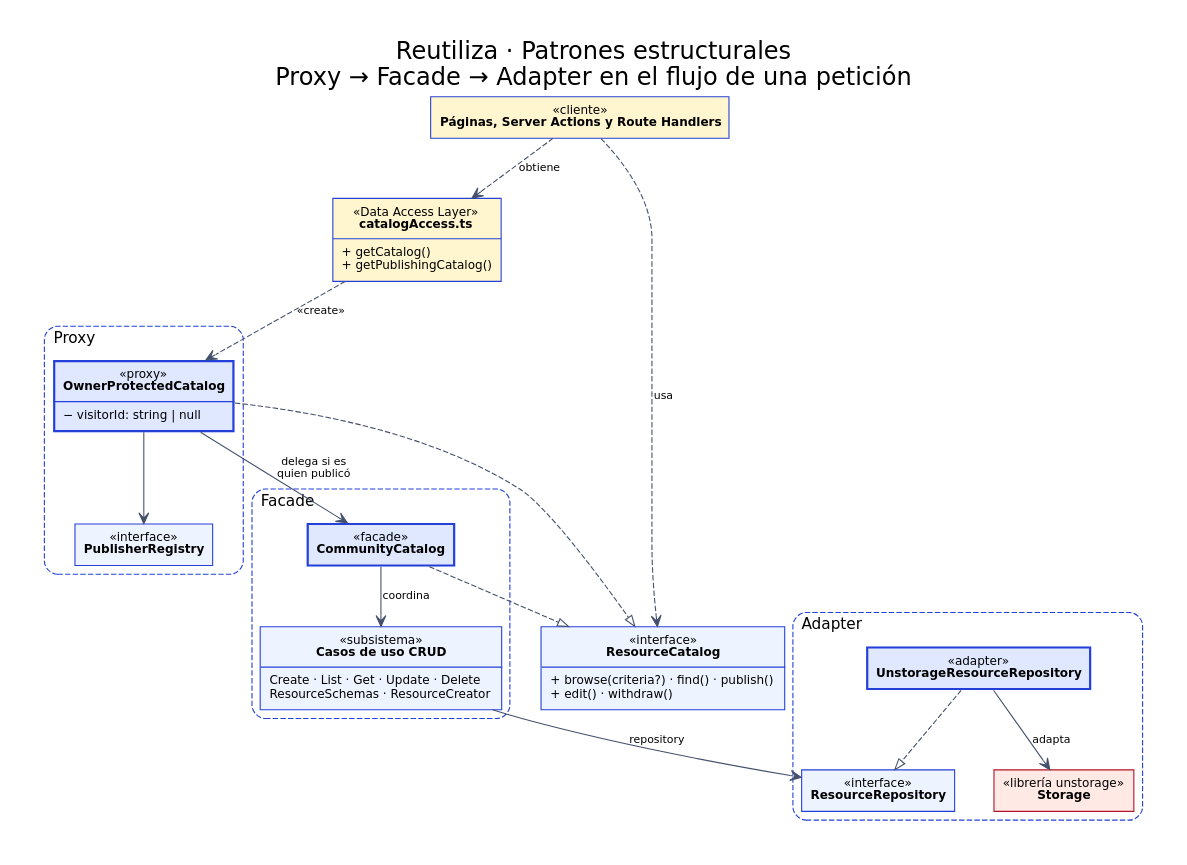
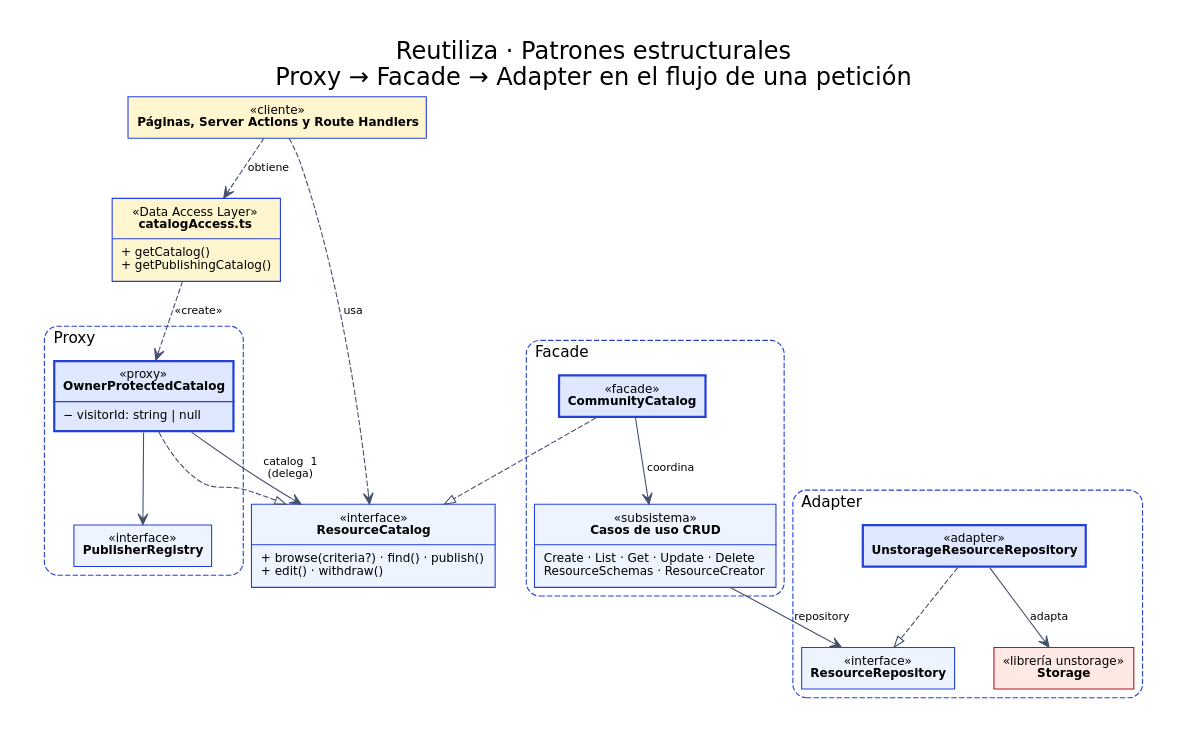
The diagram in docs/uml/patrones-estructurales.dot (Morenosebas/reto-3), drawn with Graphviz before and after one commit. The commit also changed 13 other files, not shown here.

```diff
--- a/docs/uml/patrones-estructurales.dot
+++ b/docs/uml/patrones-estructurales.dot
@@ -1,40 +1,40 @@
 digraph PatronesEstructurales {
  graph [rankdir=TB, bgcolor="white", pad="0.35", nodesep="0.5", ranksep="0.6", label="Reutiliza · Patrones estructurales\nProxy → Facade → Adapter en el flujo de una petición", labelloc=t, fontsize=22, fontname="DejaVu Sans", newrank=true];
  node [shape=plain, fontname="DejaVu Sans", fontsize=11];
  edge [fontname="DejaVu Sans", fontsize=10, color="#44516d"];
 
  Clients [label=<<TABLE BORDER="1" CELLBORDER="0" CELLSPACING="0" CELLPADDING="7" BGCOLOR="#fff5cf" COLOR="#2440d8"><TR><TD>«cliente»<BR/><B>Páginas, Server Actions y Route Handlers</B></TD></TR></TABLE>>];
  Access [label=<<TABLE BORDER="1" CELLBORDER="0" CELLSPACING="0" CELLPADDING="7" BGCOLOR="#fff5cf" COLOR="#2440d8"><TR><TD>«Data Access Layer»<BR/><B>catalogAccess.ts</B></TD></TR><HR/><TR><TD ALIGN="LEFT">+ getCatalog()<BR ALIGN="LEFT"/>+ getPublishingCatalog()<BR ALIGN="LEFT"/></TD></TR></TABLE>>];
  Catalog [label=<<TABLE BORDER="1" CELLBORDER="0" CELLSPACING="0" CELLPADDING="7" BGCOLOR="#eef4ff" COLOR="#2440d8"><TR><TD>«interface»<BR/><B>ResourceCatalog</B></TD></TR><HR/><TR><TD ALIGN="LEFT">+ browse(criteria?) · find() · publish()<BR ALIGN="LEFT"/>+ edit() · withdraw()<BR ALIGN="LEFT"/></TD></TR></TABLE>>];
 
  subgraph cluster_proxy {
   label="Proxy"; labeljust=l; fontsize=14; fontname="DejaVu Sans"; style="rounded,dashed"; color="#2440d8";
   Proxy [label=<<TABLE BORDER="2" CELLBORDER="0" CELLSPACING="0" CELLPADDING="7" BGCOLOR="#dfe8ff" COLOR="#2440d8"><TR><TD>«proxy»<BR/><B>OwnerProtectedCatalog</B></TD></TR><HR/><TR><TD ALIGN="LEFT">− visitorId: string | null<BR ALIGN="LEFT"/></TD></TR></TABLE>>];
   Registry [label=<<TABLE BORDER="1" CELLBORDER="0" CELLSPACING="0" CELLPADDING="7" BGCOLOR="#eef4ff" COLOR="#2440d8"><TR><TD>«interface»<BR/><B>PublisherRegistry</B></TD></TR></TABLE>>];
  }
 
  subgraph cluster_facade {
   label="Facade"; labeljust=l; fontsize=14; fontname="DejaVu Sans"; style="rounded,dashed"; color="#2440d8";
   Facade [label=<<TABLE BORDER="2" CELLBORDER="0" CELLSPACING="0" CELLPADDING="7" BGCOLOR="#dfe8ff" COLOR="#2440d8"><TR><TD>«facade»<BR/><B>CommunityCatalog</B></TD></TR></TABLE>>];
   UseCases [label=<<TABLE BORDER="1" CELLBORDER="0" CELLSPACING="0" CELLPADDING="7" BGCOLOR="#eef4ff" COLOR="#2440d8"><TR><TD>«subsistema»<BR/><B>Casos de uso CRUD</B></TD></TR><HR/><TR><TD ALIGN="LEFT">Create · List · Get · Update · Delete<BR ALIGN="LEFT"/>ResourceSchemas · ResourceCreator<BR ALIGN="LEFT"/></TD></TR></TABLE>>];
  }
 
  subgraph cluster_adapter {
   label="Adapter"; labeljust=l; fontsize=14; fontname="DejaVu Sans"; style="rounded,dashed"; color="#2440d8";
   Target [label=<<TABLE BORDER="1" CELLBORDER="0" CELLSPACING="0" CELLPADDING="7" BGCOLOR="#eef4ff" COLOR="#2440d8"><TR><TD>«interface»<BR/><B>ResourceRepository</B></TD></TR></TABLE>>];
   Adapter [label=<<TABLE BORDER="2" CELLBORDER="0" CELLSPACING="0" CELLPADDING="7" BGCOLOR="#dfe8ff" COLOR="#2440d8"><TR><TD>«adapter»<BR/><B>UnstorageResourceRepository</B></TD></TR></TABLE>>];
   Adaptee [label=<<TABLE BORDER="1" CELLBORDER="0" CELLSPACING="0" CELLPADDING="7" BGCOLOR="#ffe9e4" COLOR="#b3122b"><TR><TD>«librería unstorage»<BR/><B>Storage</B></TD></TR></TABLE>>];
  }
 
  Clients -> Access [style=dashed, arrowhead=vee, label=" obtiene"];
  Clients -> Catalog [style=dashed, arrowhead=vee, label=" usa"];
  Access -> Proxy [style=dashed, arrowhead=vee, label=" «create»"];
  Proxy -> Catalog [style=dashed, arrowhead=empty];
  Facade -> Catalog [style=dashed, arrowhead=empty];
- Proxy -> Facade [arrowhead=vee, label=" delega si es\n quien publicó"];
+ Proxy -> Catalog [arrowhead=vee, label=" catalog  1\n (delega)"];
  Proxy -> Registry [arrowhead=vee];
  Facade -> UseCases [arrowhead=vee, label=" coordina"];
  UseCases -> Target [arrowhead=vee, label=" repository"];
  Adapter -> Target [style=dashed, arrowhead=empty];
  Adapter -> Adaptee [arrowhead=vee, label=" adapta"];
 }
```
